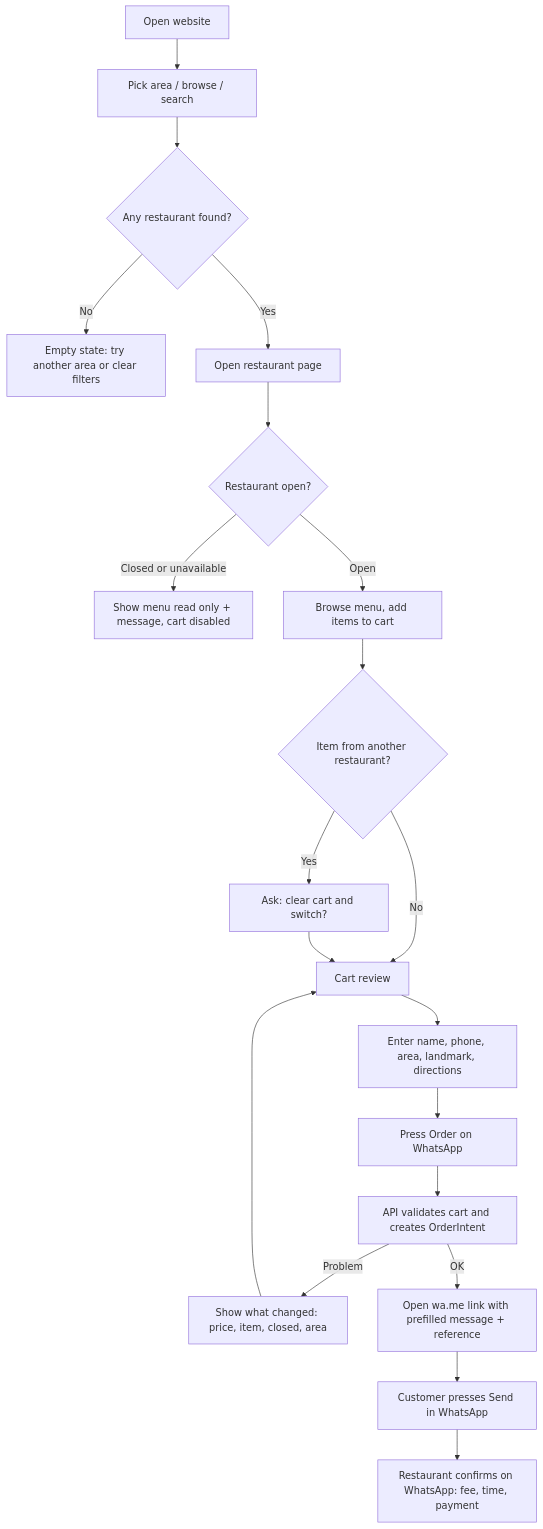
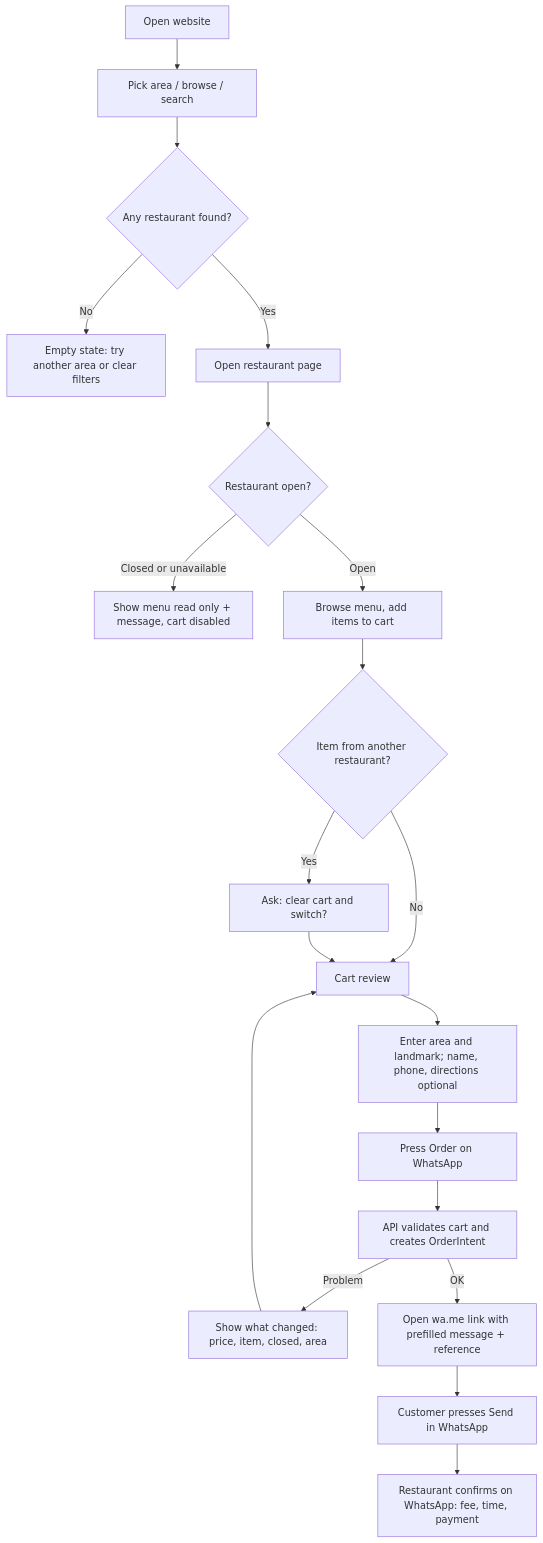
One commit to ronaqstore/dir-food-backend changed the first of 3 diagrams in docs/02_Workflows.md. Above: the diagram before and after it, drawn with Mermaid. The commit also changed other lines of this file and 3 other files, not shown here.

Commit message:
Docs: optional customer name/phone, extend/shorten subscription, terminal DEACTIVATED, expired-owner editing, rate-limit and search decisions

````diff
--- a/docs/02_Workflows.md
+++ b/docs/02_Workflows.md
@@ -46,22 +46,22 @@
 ```mermaid
 flowchart TD
   A[Open website] --> B[Pick area / browse / search]
   B --> C{Any restaurant found?}
   C -- No --> C1[Empty state: try another area or clear filters]
   C -- Yes --> D[Open restaurant page]
   D --> E{Restaurant open?}
   E -- Closed or unavailable --> E1[Show menu read only + message, cart disabled]
   E -- Open --> F[Browse menu, add items to cart]
   F --> G{Item from another restaurant?}
   G -- Yes --> G1[Ask: clear cart and switch?]
   G -- No --> H[Cart review]
   G1 --> H
-  H --> I[Enter name, phone, area, landmark, directions]
+  H --> I[Enter area and landmark; name, phone, directions optional]
   I --> J[Press Order on WhatsApp]
   J --> K[API validates cart and creates OrderIntent]
   K -- Problem --> K1[Show what changed: price, item, closed, area]
   K1 --> H
   K -- OK --> L[Open wa.me link with prefilled message + reference]
   L --> M[Customer presses Send in WhatsApp]
   M --> N[Restaurant confirms on WhatsApp: fee, time, payment]
 ```
````
